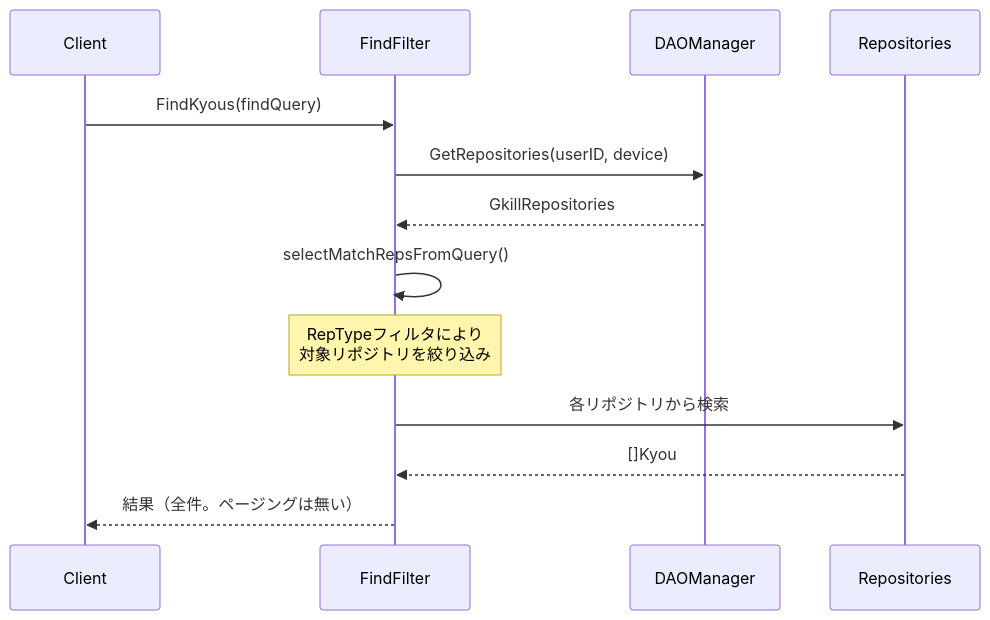
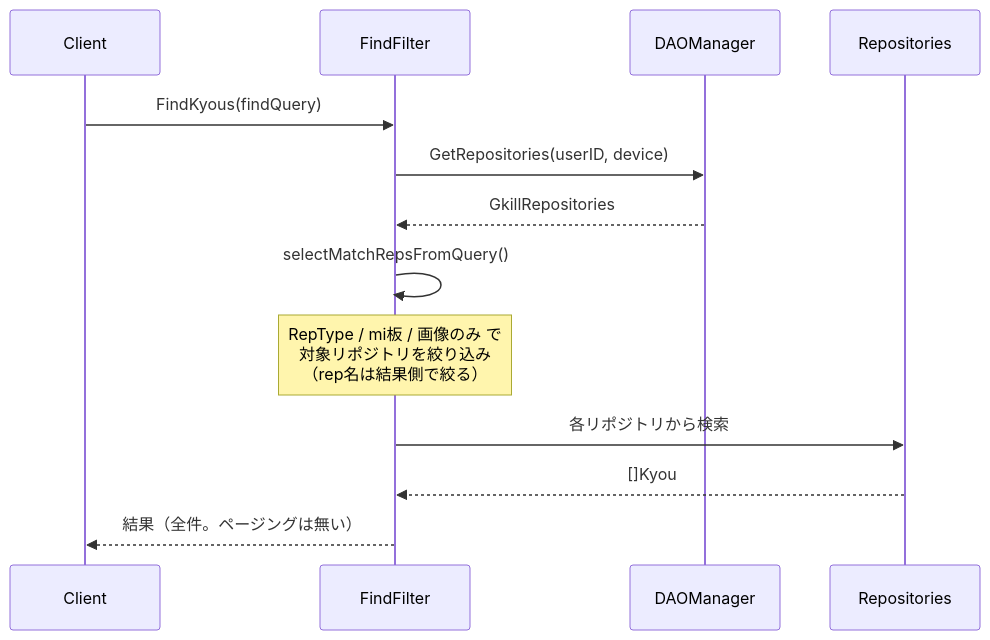
The second of 3 diagrams in documents/reverse/dvnf-rep-type-spec.md (mt3hr/gkill), drawn with Mermaid before and after one commit. The commit also changed other lines of this file and 43 other files, not shown here.

````diff
--- a/documents/reverse/dvnf-rep-type-spec.md
+++ b/documents/reverse/dvnf-rep-type-spec.md
@@ -234,16 +234,16 @@
 ```mermaid
 sequenceDiagram
     participant Client
     participant FindFilter
     participant DAOManager
     participant Repositories
 
     Client->>FindFilter: FindKyous(findQuery)
     FindFilter->>DAOManager: GetRepositories(userID, device)
     DAOManager-->>FindFilter: GkillRepositories
     FindFilter->>FindFilter: selectMatchRepsFromQuery()
-    Note over FindFilter: RepTypeフィルタにより<br/>対象リポジトリを絞り込み
+    Note over FindFilter: RepType / mi板 / 画像のみ で<br/>対象リポジトリを絞り込み<br/>（rep名は結果側で絞る）
     FindFilter->>Repositories: 各リポジトリから検索
     Repositories-->>FindFilter: []Kyou
     FindFilter-->>Client: 結果（全件。ページングは無い）
 ```
````
